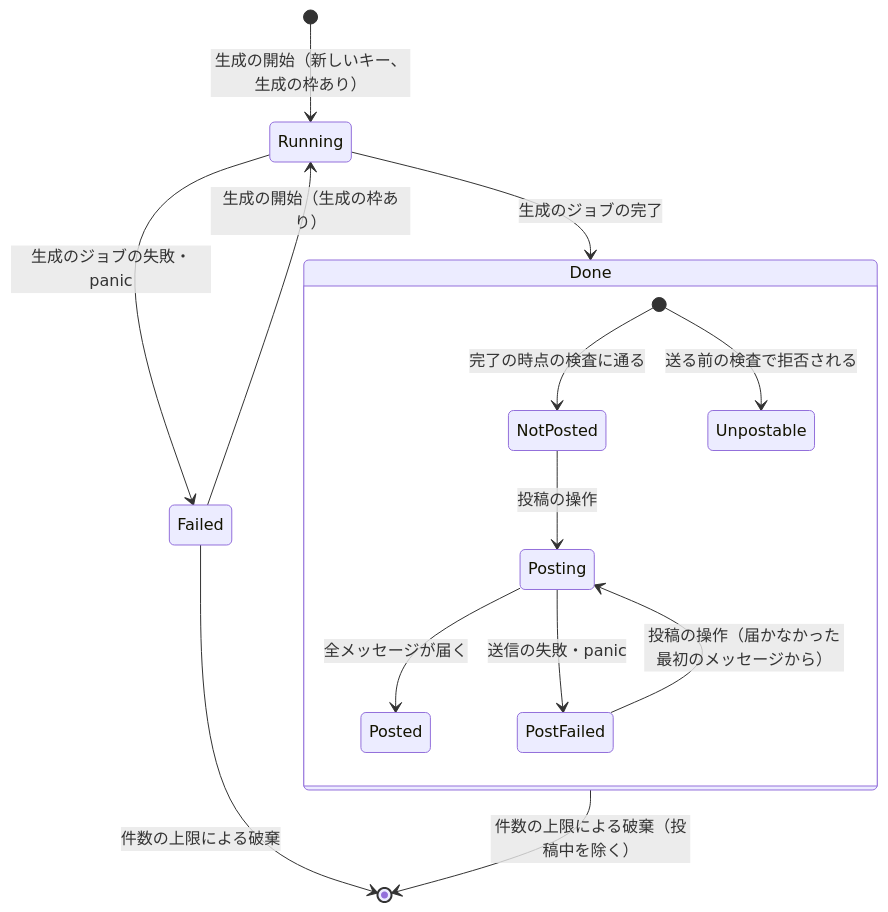
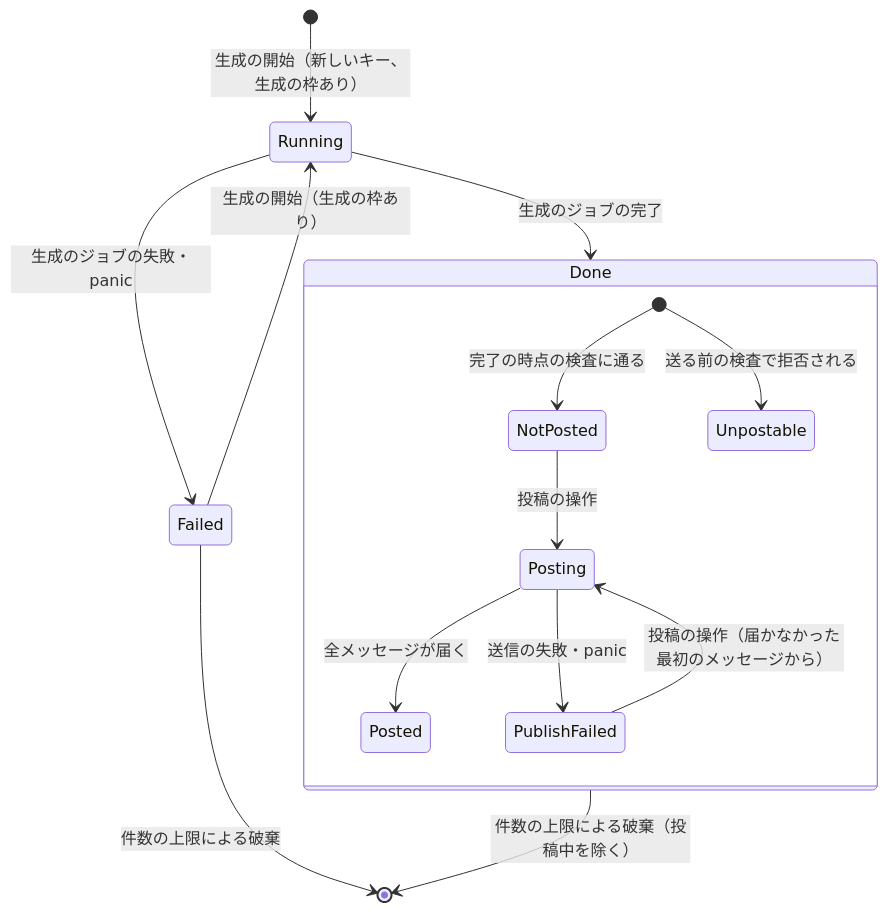
The seventh of 15 diagrams in docs/tasks/0044_article_job_api/02_architecture.md (isseis/yt2column), drawn with Mermaid before and after one commit. The commit also changed other lines of this file and 1 other file, not shown here.

````diff
--- a/docs/tasks/0044_article_job_api/02_architecture.md
+++ b/docs/tasks/0044_article_job_api/02_architecture.md
@@ -374,18 +390,18 @@
 ```mermaid
 stateDiagram-v2
     [*] --> Running: 生成の開始（新しいキー、生成の枠あり）
     Running --> Done: 生成のジョブの完了
     Running --> Failed: 生成のジョブの失敗・panic
     Failed --> Running: 生成の開始（生成の枠あり）
     Done --> [*]: 件数の上限による破棄（投稿中を除く）
     Failed --> [*]: 件数の上限による破棄
 
     state Done {
         [*] --> NotPosted: 完了の時点の検査に通る
         [*] --> Unpostable: 送る前の検査で拒否される
         NotPosted --> Posting: 投稿の操作
         Posting --> Posted: 全メッセージが届く
-        Posting --> PostFailed: 送信の失敗・panic
-        PostFailed --> Posting: 投稿の操作（届かなかった最初のメッセージから）
+        Posting --> PublishFailed: 送信の失敗・panic
+        PublishFailed --> Posting: 投稿の操作（届かなかった最初のメッセージから）
     }
 ```
````
